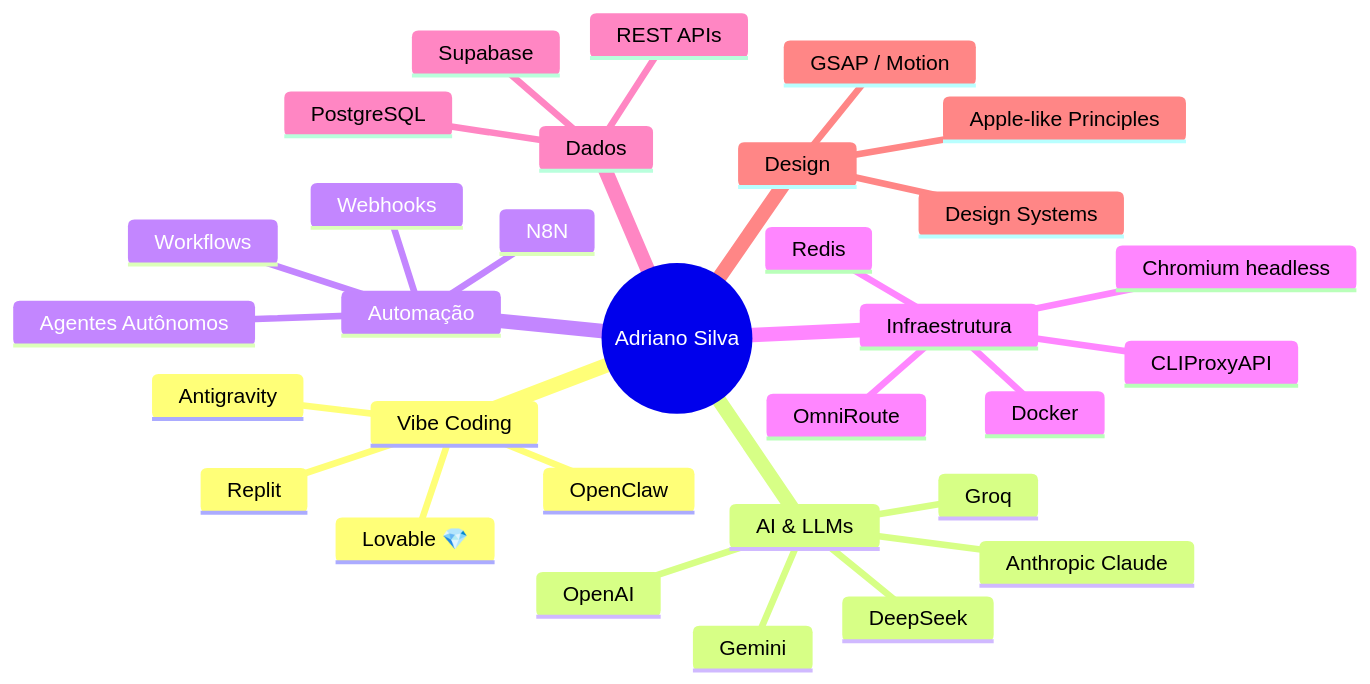
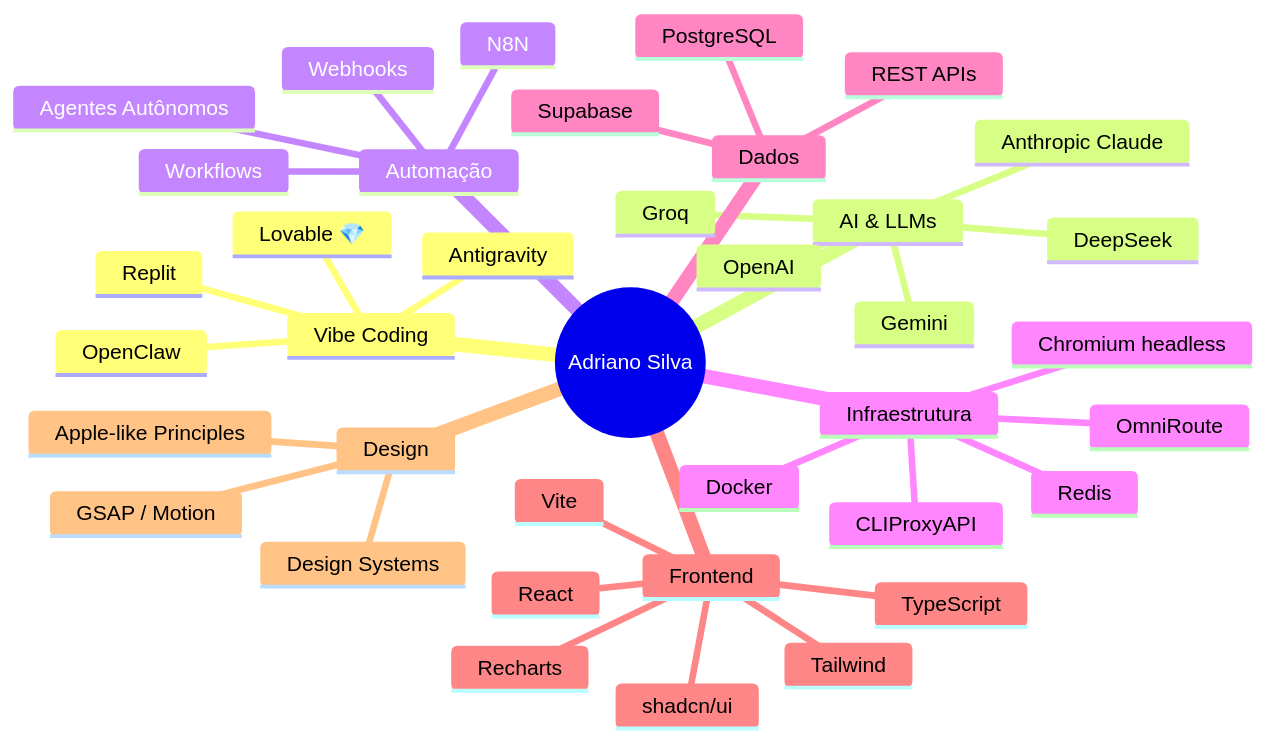
One commit to kemaai/Adriano-portfolio changed the diagram in README.md. Above: the diagram before and after it, drawn with Mermaid. The commit also changed other lines of this file and 2 other files, not shown here.

Commit message:
📊 Add KemaFinance — real project analysis
- Full project README based on actual code analysis (19.323 LOC)
- Updated main README with KemaFinance as featured project
- Added Frontend (React, shadcn/ui, Recharts) to stack mindmap
- Improved metadata methodology description

````diff
--- a/README.md
+++ b/README.md
@@ -89,34 +96,41 @@
 ```mermaid
 mindmap
   root((Adriano Silva))
     Vibe Coding
       Lovable 💎
       Replit
       Antigravity
       OpenClaw
     AI & LLMs
       OpenAI
       Gemini
       Anthropic Claude
       DeepSeek
       Groq
     Automação
       N8N
       Agentes Autônomos
       Workflows
       Webhooks
     Infraestrutura
       Docker
       OmniRoute
       Redis
       Chromium headless
       CLIProxyAPI
     Dados
       Supabase
       PostgreSQL
       REST APIs
+    Frontend
+      React
+      TypeScript
+      shadcn/ui
+      Tailwind
+      Vite
+      Recharts
     Design
       Apple-like Principles
       GSAP / Motion
       Design Systems
 ```
````
